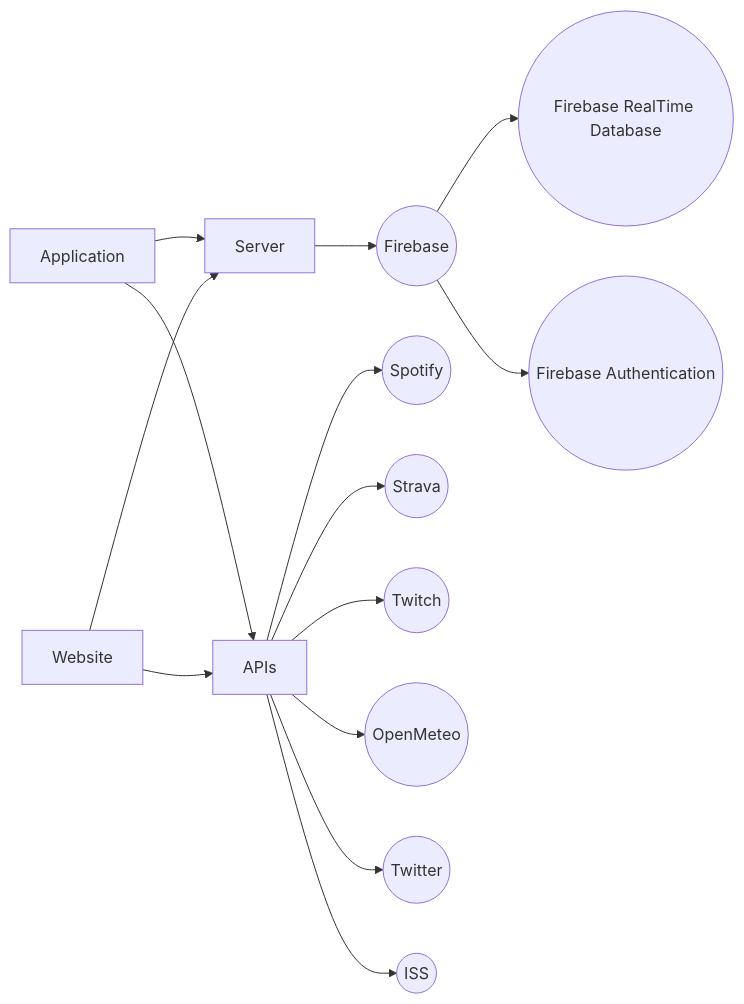
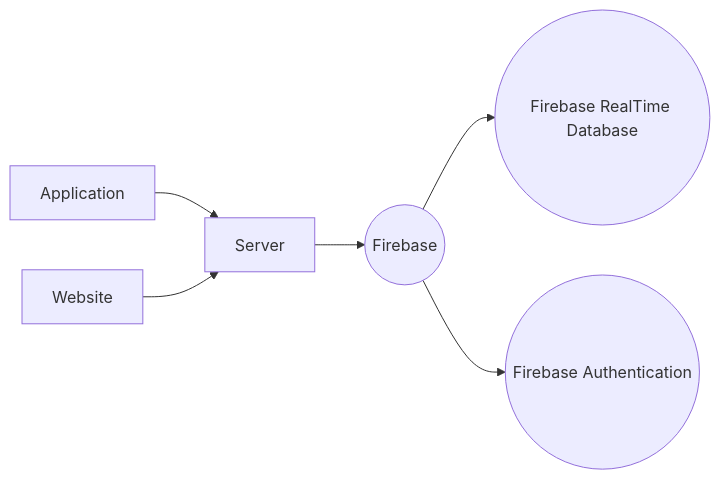
The diagram in README.md (Epitech-Nantes-Tek3/AREA), drawn with Mermaid before and after one commit.

Commit message:
Remove APis  APIs

````diff
--- a/README.md
+++ b/README.md
@@ -52,16 +52,8 @@
 ```mermaid
 graph LR
 A[Application] --> C[Server]
 B[Website] --> C[Server]
 C --> D((Firebase))
 D --> E((Firebase RealTime Database))
 D --> F((Firebase Authentication))
-A --> M[APIs]
-B --> M
-M --> G((Spotify))
-M --> H((Strava))
-M --> I((Twitch))
-M --> J((OpenMeteo))
-M --> K((Twitter))
-M --> L((ISS))
 ```
````
